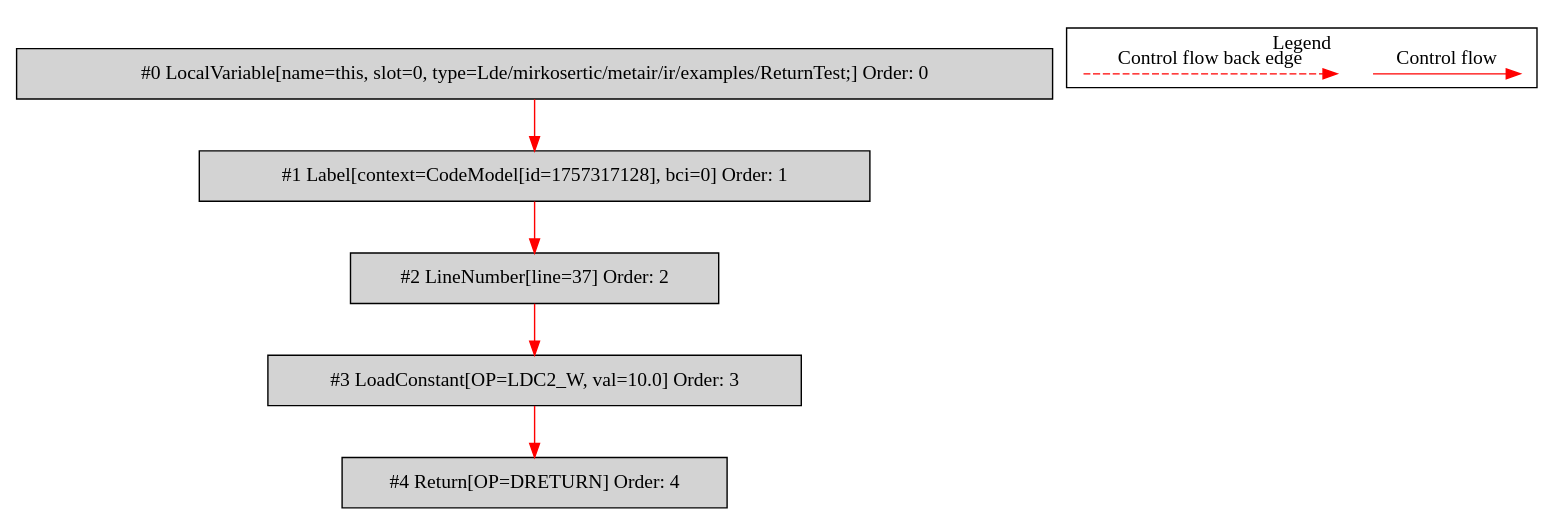
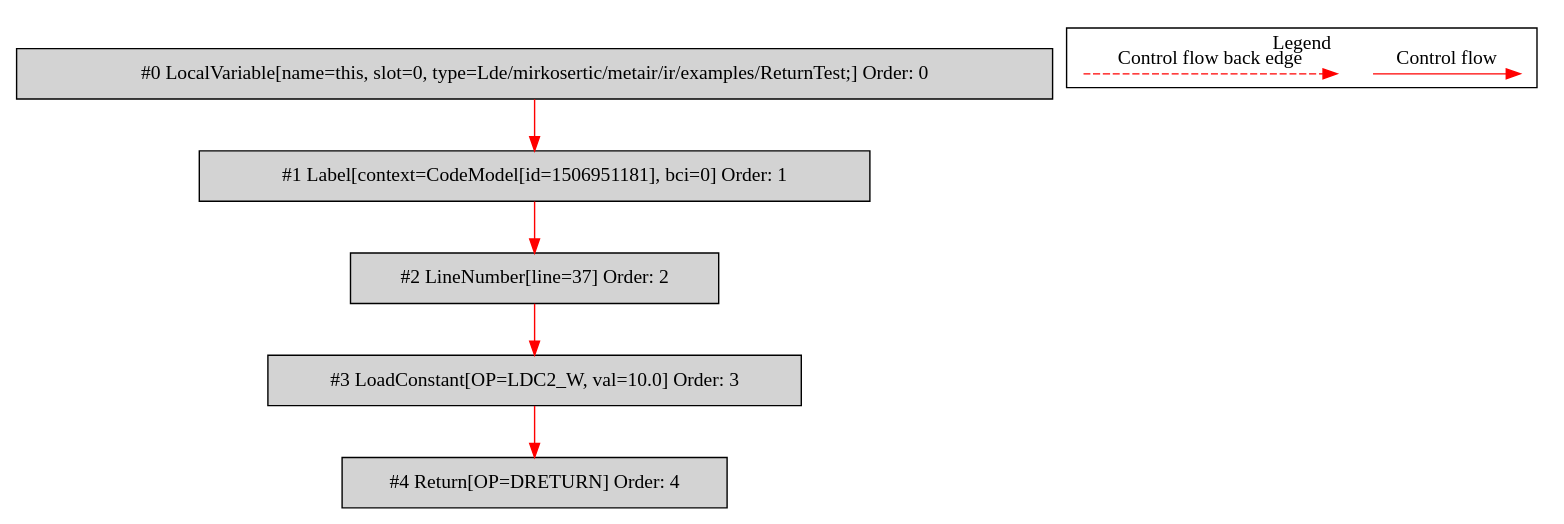
One commit to mirkosertic/MetaIR changed the diagram in de.mirkosertic.metair.ir.examples.ReturnTest/returnDouble/bytecodecfg.dot. Above: the diagram before and after it, drawn with Graphviz. The commit also changed 1238 other files, not shown here.

```diff
--- a/de.mirkosertic.metair.ir.examples.ReturnTest/returnDouble/bytecodecfg.dot
+++ b/de.mirkosertic.metair.ir.examples.ReturnTest/returnDouble/bytecodecfg.dot
@@ -1,26 +1,26 @@
 digraph {
  ordering="in";
  node0[label="#0 LocalVariable[name=this, slot=0, type=Lde/mirkosertic/metair/ir/examples/ReturnTest;] Order: 0", shape=box, fillcolor=lightgrey, style=filled];
- node1[label="#1 Label[context=CodeModel[id=1757317128], bci=0] Order: 1", shape=box, fillcolor=lightgrey, style=filled];
+ node1[label="#1 Label[context=CodeModel[id=1506951181], bci=0] Order: 1", shape=box, fillcolor=lightgrey, style=filled];
  node2[label="#2 LineNumber[line=37] Order: 2", shape=box, fillcolor=lightgrey, style=filled];
  node3[label="#3 LoadConstant[OP=LDC2_W, val=10.0] Order: 3", shape=box, fillcolor=lightgrey, style=filled];
  node4[label="#4 Return[OP=DRETURN] Order: 4", shape=box, fillcolor=lightgrey, style=filled];
  node0 -> node1[color=red];
  node1 -> node2[color=red];
  node2 -> node3[color=red];
  node3 -> node4[color=red];
  subgraph cluster_000 {
   label = "Legend";
   node [shape=point]
   {
    rank=same;
    c0 [style = invis];
    c1 [style = invis];
    c2 [style = invis];
    c3 [style = invis];
   }
   c0 -> c1 [label="Control flow", style=solid, color=red]
   c2 -> c3 [label="Control flow back edge", style=dashed, color=red]
  }
 
 }
```
